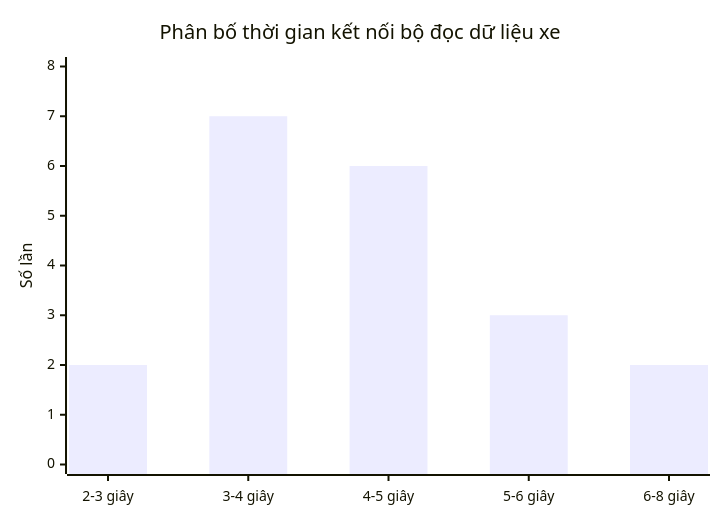
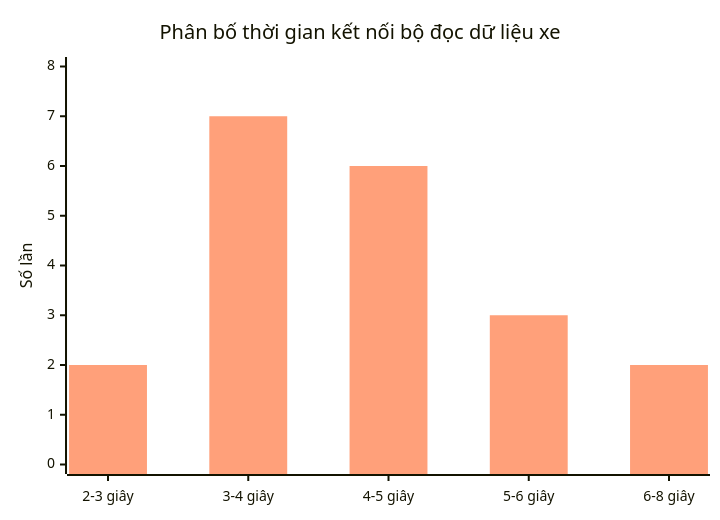
Before and after one commit to anmh1205/IoT_Vehicle_Tracking_System: the diagram in resources/reports/thesis/final/assets/uml/10-chuong-4-ket-qua-do-luong-hinh-4-26.mmd, drawn with Mermaid. The commit also changed 75 other files, not shown here.

```diff
--- a/resources/reports/thesis/final/assets/uml/10-chuong-4-ket-qua-do-luong-hinh-4-26.mmd
+++ b/resources/reports/thesis/final/assets/uml/10-chuong-4-ket-qua-do-luong-hinh-4-26.mmd
@@ -1,5 +1,11 @@
+---
+config:
+  themeVariables:
+    xyChart:
+      plotColorPalette: "#FFA07A"
+---
 xychart-beta
     title "Phân bố thời gian kết nối bộ đọc dữ liệu xe"
     x-axis ["2-3 giây", "3-4 giây", "4-5 giây", "5-6 giây", "6-8 giây"]
     y-axis "Số lần" 0 --> 8
     bar [2, 7, 6, 3, 2]
```
